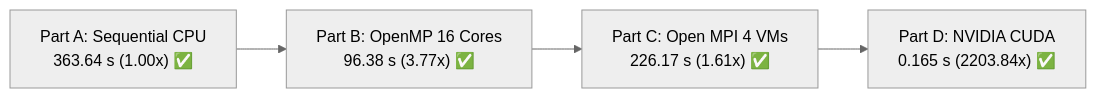
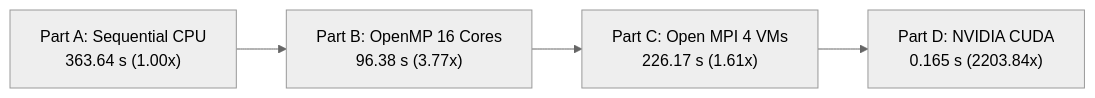
Before and after one commit to akaraj187/PGC-Lab_Experiment1: the diagram in README.md, drawn with Mermaid (neutral theme). The commit also changed other lines of this file, not shown here.

````diff
--- a/README.md
+++ b/README.md
@@ -560,6 +560,6 @@
 ```mermaid
 flowchart LR
-    A["Part A: Sequential CPU<br>363.64 s (1.00x) ✅"] --> B["Part B: OpenMP 16 Cores<br>96.38 s (3.77x) ✅"]
-    B --> C["Part C: Open MPI 4 VMs<br>226.17 s (1.61x) ✅"]
-    C --> D["Part D: NVIDIA CUDA<br>0.165 s (2203.84x) ✅"]
+    A["Part A: Sequential CPU<br>363.64 s (1.00x)"] --> B["Part B: OpenMP 16 Cores<br>96.38 s (3.77x)"]
+    B --> C["Part C: Open MPI 4 VMs<br>226.17 s (1.61x)"]
+    C --> D["Part D: NVIDIA CUDA<br>0.165 s (2203.84x)"]
 ```
````
